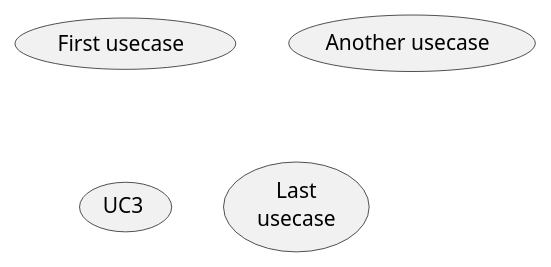
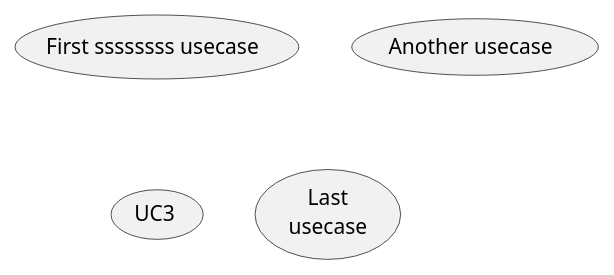
One commit to ir-msob-framework/test-repo changed the diagram in example/sample-usecase.puml. Above: the diagram before and after it, drawn with PlantUML.

```diff
--- a/example/sample-usecase.puml
+++ b/example/sample-usecase.puml
@@ -1,8 +1,8 @@
 @startuml
 
-(First usecase)
+(First ssssssss usecase)
 (Another usecase) as (UC2)  
 usecase UC3
 usecase (Last\nusecase) as UC4
 
 @enduml
```
